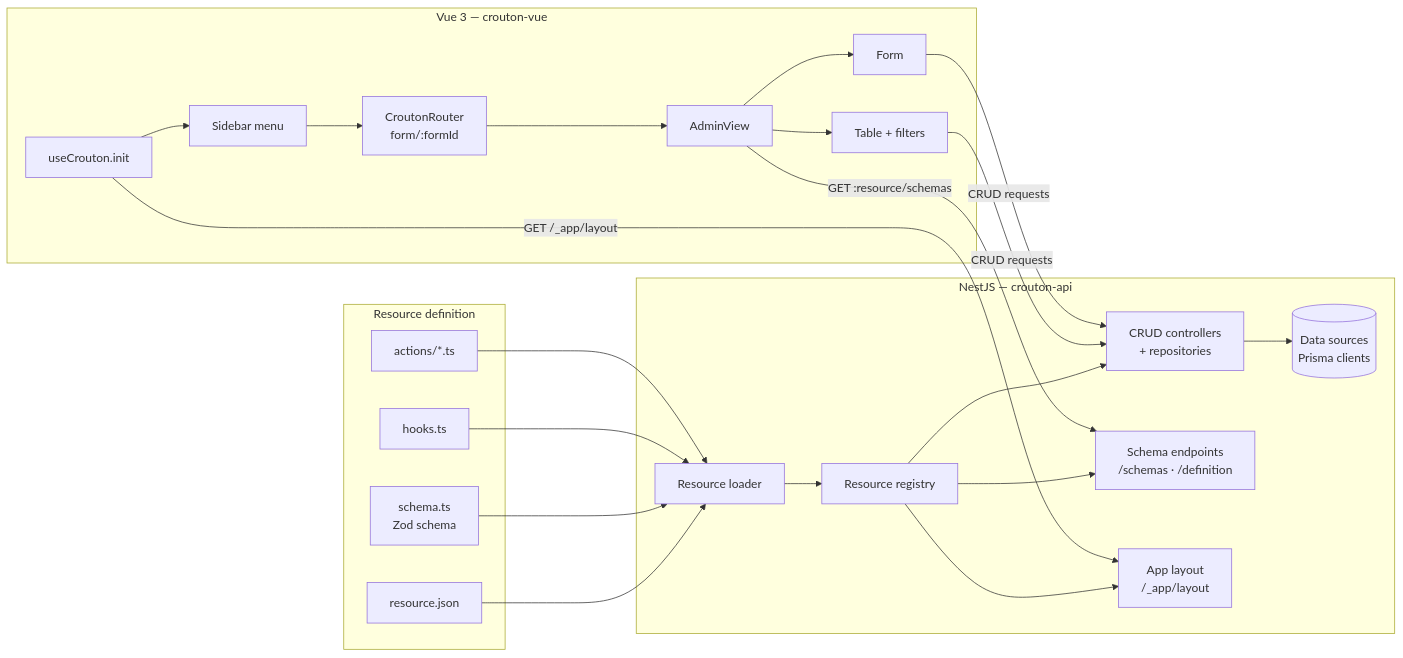
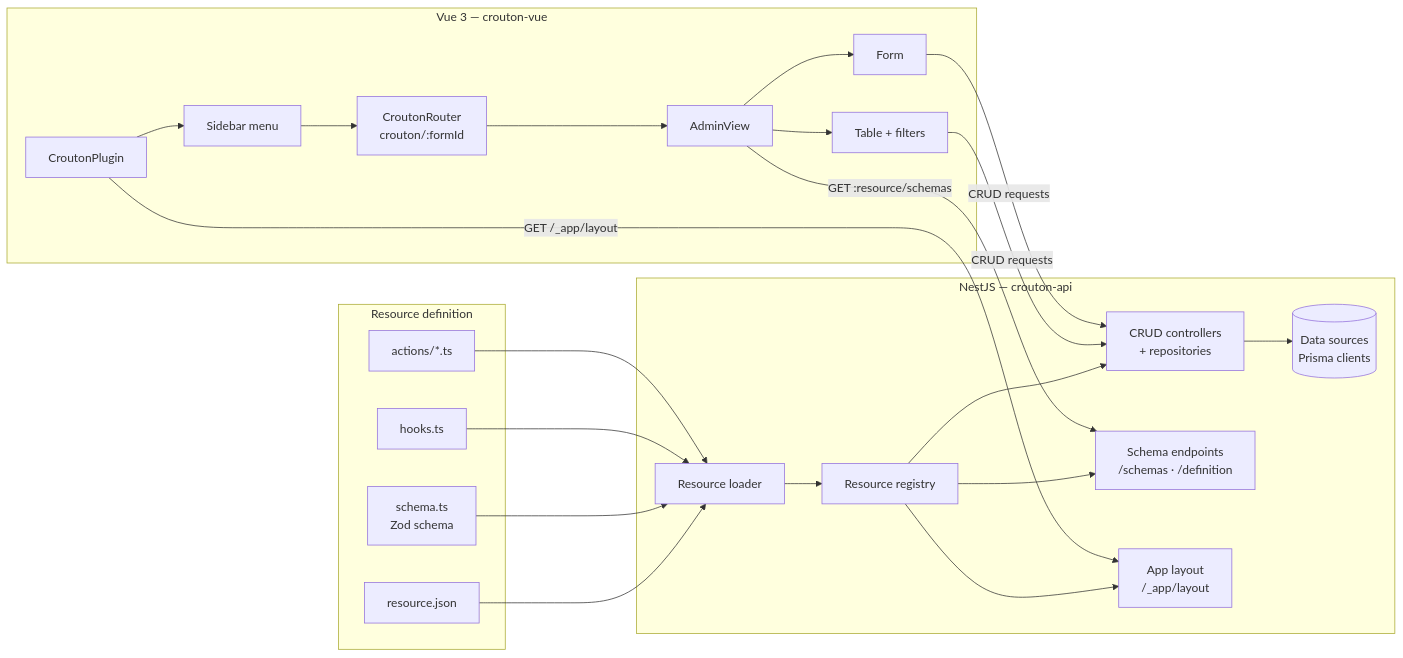
The diagram in docs/guide/README.md (GhentCDH/crouton), drawn with Mermaid before and after one commit. The commit also changed other lines of this file and 137 other files, not shown here.

````diff
--- a/docs/guide/README.md
+++ b/docs/guide/README.md
@@ -37,44 +37,44 @@
 ```mermaid
 flowchart LR
     subgraph definition [Resource definition]
         RJ[resource.json]
         ZS[schema.ts<br/>Zod schema]
         HK[hooks.ts]
         AC[actions/*.ts]
     end
 
 subgraph backend [NestJS — crouton-api]
 LOADER[Resource loader]
 REG[Resource registry]
 CRUD[CRUD controllers<br/>+ repositories]
 SCHEMAS[Schema endpoints<br/>/schemas · /definition]
 LAYOUT[App layout<br/>/_app/layout]
 DS[(Data sources<br/>Prisma clients)]
 end
 
 subgraph frontend [Vue 3 — crouton-vue]
-INIT[useCrouton.init]
+INIT[CroutonPlugin]
 SIDEBAR[Sidebar menu]
-ROUTER[CroutonRouter<br/>form/:formId]
+ROUTER[CroutonRouter<br/>crouton/:formId]
 ADMIN[AdminView]
 TABLE[Table + filters]
 FORM[Form]
 end
 
 RJ --> LOADER
 ZS --> LOADER
 HK --> LOADER
 AC --> LOADER
 LOADER --> REG --> CRUD
 REG --> SCHEMAS
 REG --> LAYOUT
 CRUD --> DS
 
 INIT -->|GET /_app/layout|LAYOUT
 INIT --> SIDEBAR --> ROUTER --> ADMIN
 ADMIN -->|GET :resource/schemas|SCHEMAS
 ADMIN --> TABLE
 ADMIN --> FORM
 TABLE -->|CRUD requests|CRUD
 FORM -->|CRUD requests|CRUD
 ```
````
